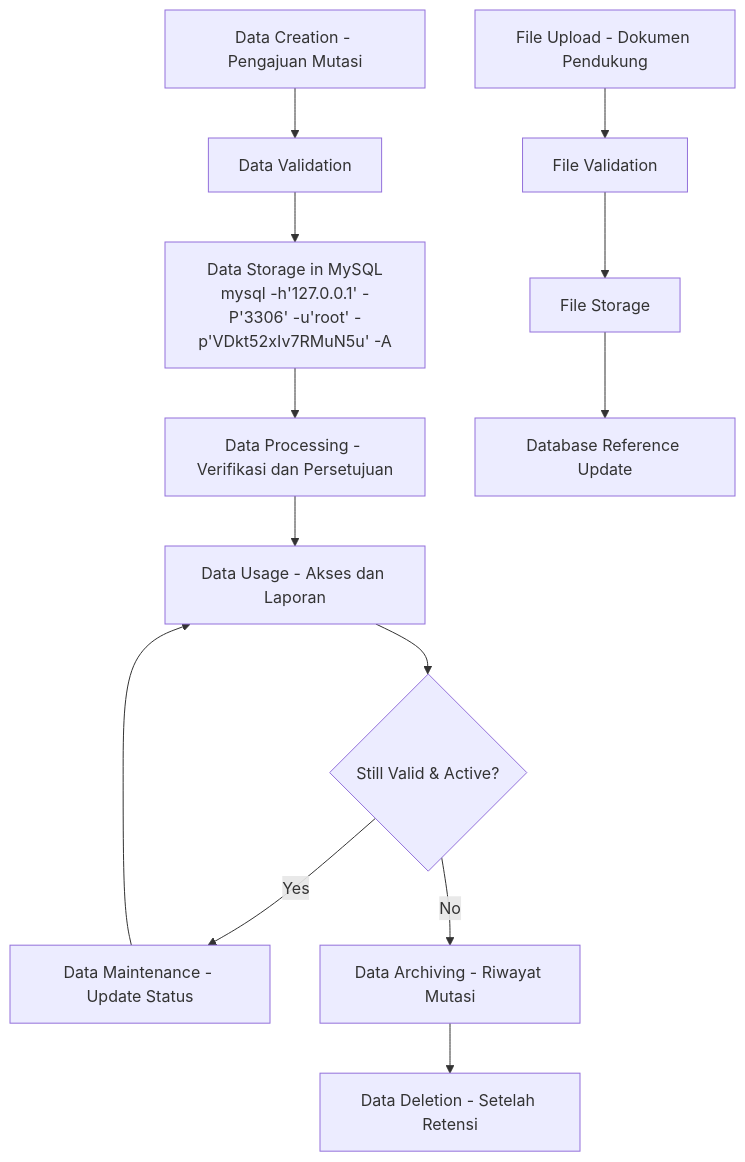
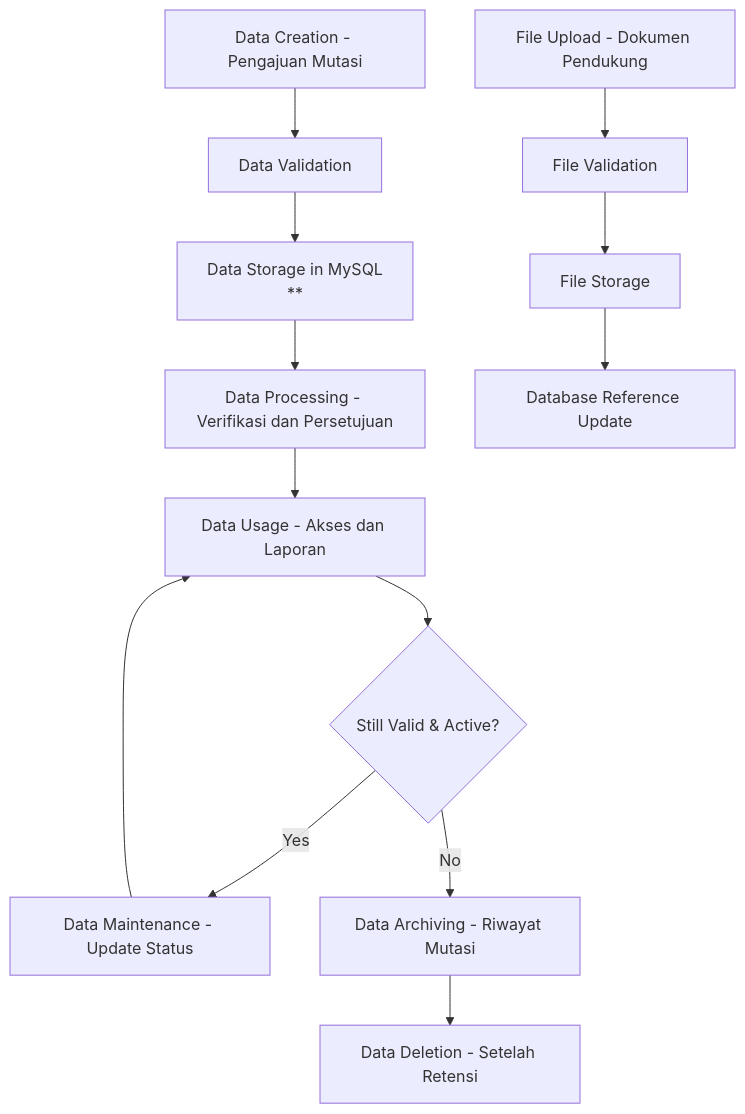
One commit to alibungker/superapp changed the third of 6 diagrams in simutasi/simutasi_Data_Architecture_Document(DAD).md. Above: the diagram before and after it, drawn with Mermaid. The commit also changed other lines of this file, not shown here.

````diff
--- a/simutasi/simutasi_Data_Architecture_Document(DAD).md
+++ b/simutasi/simutasi_Data_Architecture_Document(DAD).md
@@ -410,16 +410,16 @@
 ```mermaid
 graph TD
     A[Data Creation - Pengajuan Mutasi] --> B[Data Validation]
-    B --> C[Data Storage in MySQL<br/>mysql -h'127.0.0.1' -P'3306' -u'root' -p'VDkt52xIv7RMuN5u' -A]
+    B --> C[Data Storage in MySQL<br/>**]
     C --> D[Data Processing - Verifikasi dan Persetujuan]
     D --> E[Data Usage - Akses dan Laporan]
     E --> F{Still Valid & Active?}
     F -->|Yes| G[Data Maintenance - Update Status]
     G --> E
     F -->|No| H[Data Archiving - Riwayat Mutasi]
     H --> I[Data Deletion - Setelah Retensi]
     
     J[File Upload - Dokumen Pendukung] --> K[File Validation]
     K --> L[File Storage]
     L --> M[Database Reference Update]
 ```
````
